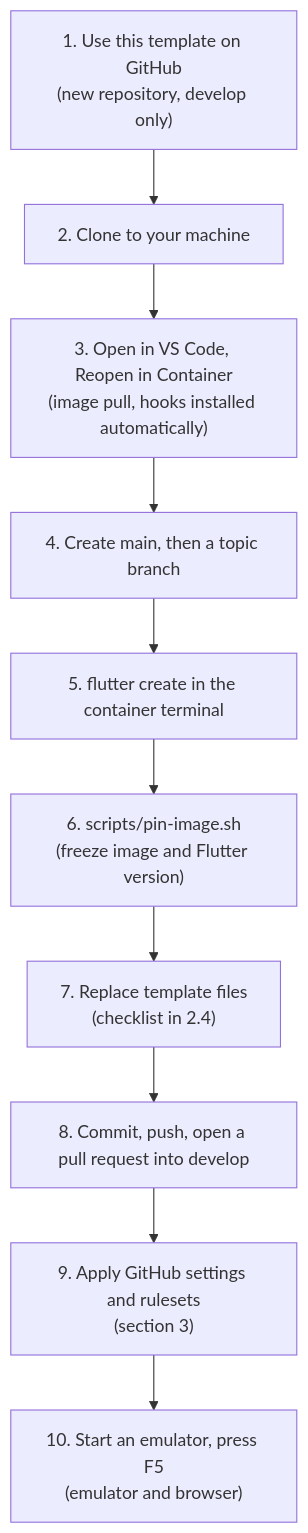
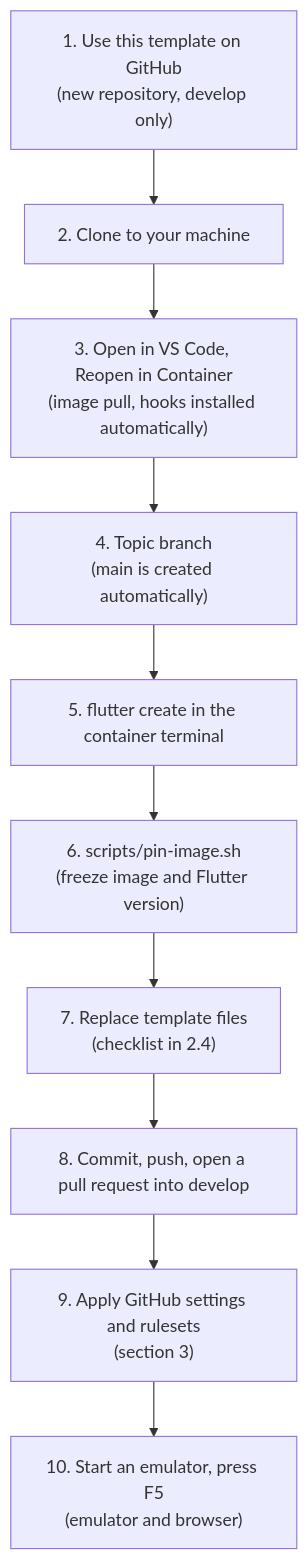
One commit to alihaidar0/flutter-template changed the second of 12 diagrams in README.md. Above: the diagram before and after it, drawn with Mermaid. The commit also changed other lines of this file and 3 other files, not shown here.

First line of the commit message:
ci: create main from develop automatically in new projects

````diff
--- a/README.md
+++ b/README.md
@@ -106,12 +106,12 @@
 ```mermaid
 flowchart TD
     A["1. Use this template on GitHub<br/>(new repository, develop only)"] --> B["2. Clone to your machine"]
     B --> C["3. Open in VS Code, Reopen in Container<br/>(image pull, hooks installed automatically)"]
-    C --> D["4. Create main, then a topic branch"]
+    C --> D["4. Topic branch<br/>(main is created automatically)"]
     D --> E["5. flutter create in the container terminal"]
     E --> F["6. scripts/pin-image.sh<br/>(freeze image and Flutter version)"]
     F --> G["7. Replace template files<br/>(checklist in 2.4)"]
     G --> H["8. Commit, push, open a pull request into develop"]
     H --> I["9. Apply GitHub settings and rulesets<br/>(section 3)"]
     I --> J["10. Start an emulator, press F5<br/>(emulator and browser)"]
 ```
````
